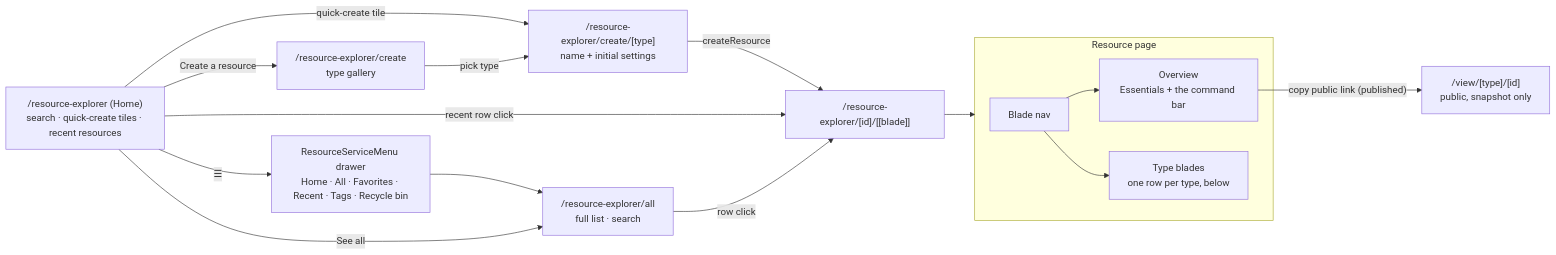
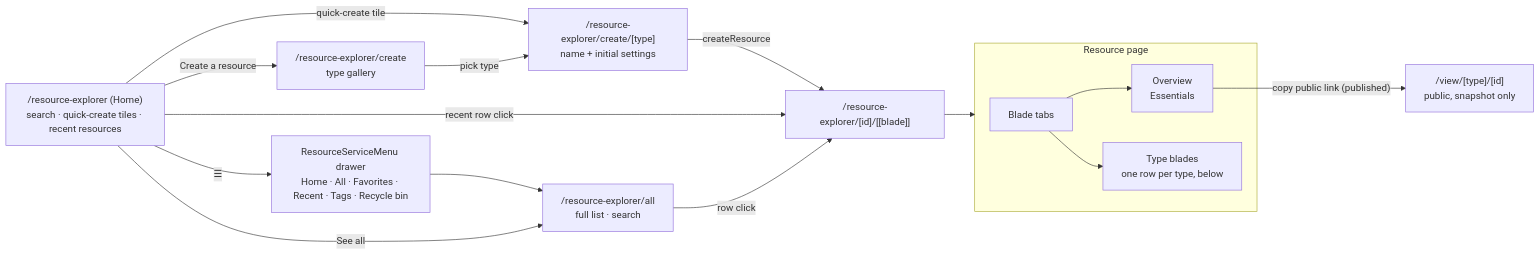
Before and after one commit to Esposter/Esposter: the first of 2 diagrams in apps/web/content/docs/resource/explorer.md, drawn with Mermaid. The commit also changed other lines of this file and 40 other files, not shown here.

````diff
--- a/apps/web/content/docs/resource/explorer.md
+++ b/apps/web/content/docs/resource/explorer.md
@@ -42,21 +42,21 @@
 ```mermaid
 flowchart LR
   HOME["/resource-explorer (Home)<br/>search · quick-create tiles · recent resources"]
   HOME -->|☰| SMENU["ResourceServiceMenu drawer<br/>Home · All · Favorites · Recent · Tags · Recycle bin"]
   SMENU --> ALL["/resource-explorer/all<br/>full list · search"]
   HOME -->|See all| ALL
   HOME -->|Create a resource| CREATE["/resource-explorer/create<br/>type gallery"]
   HOME -->|quick-create tile| CFORM["/resource-explorer/create/[type]<br/>name + initial settings"]
   CREATE -->|pick type| CFORM
   CFORM -->|createResource| RES["/resource-explorer/[id]/[[blade]]"]
   HOME -->|recent row click| RES
   ALL -->|row click| RES
 
   subgraph bladepage [Resource page]
-    MENU["Blade nav"] --> OV["Overview<br/>Essentials + the command bar"]
+    MENU["Blade tabs"] --> OV["Overview<br/>Essentials"]
     MENU --> TB["Type blades<br/>one row per type, below"]
   end
 
   RES --> bladepage
   OV -->|"copy public link (published)"| VIEW["/view/[type]/[id]<br/>public, snapshot only"]
 ```
````
